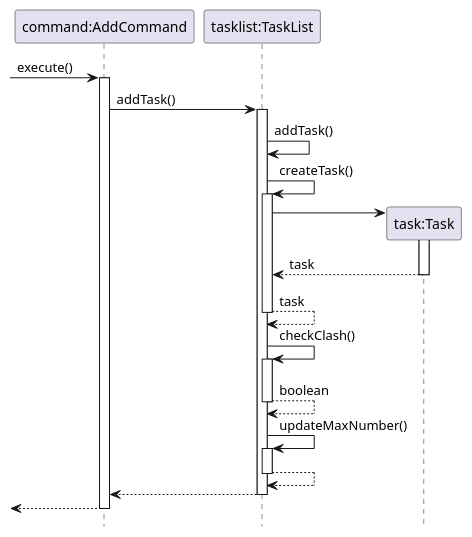
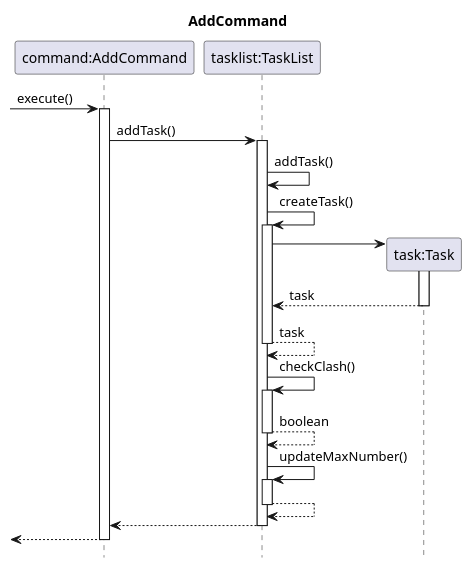
One commit to wish2023/tp changed the diagram in docs/sequenceDiagrams/AddCommand.puml. Above: the diagram before and after it, drawn with PlantUML. The commit also changed 10 other files, not shown here.

```diff
--- a/docs/sequenceDiagrams/AddCommand.puml
+++ b/docs/sequenceDiagrams/AddCommand.puml
@@ -1,36 +1,38 @@
 @startuml
 hide footbox
+title AddCommand
+
 participant "command:AddCommand" as AddCommand
 participant "tasklist:TaskList" as TaskList
 participant "task:Task" as Task
 
 
 ->AddCommand: execute()
 activate AddCommand
 AddCommand->TaskList: addTask()
 activate TaskList
 
 TaskList->TaskList: addTask()
 
 TaskList->TaskList: createTask()
 activate TaskList
 create Task
 TaskList->Task:
 activate Task
 return task
 TaskList-->TaskList: task
 deactivate TaskList
 
 TaskList->TaskList: checkClash()
 activate TaskList
 return boolean
 TaskList->TaskList: updateMaxNumber()
 activate TaskList
 return
 TaskList-->AddCommand:
 deactivate TaskList
 <--AddCommand--
 
 
 
 @enduml
```
